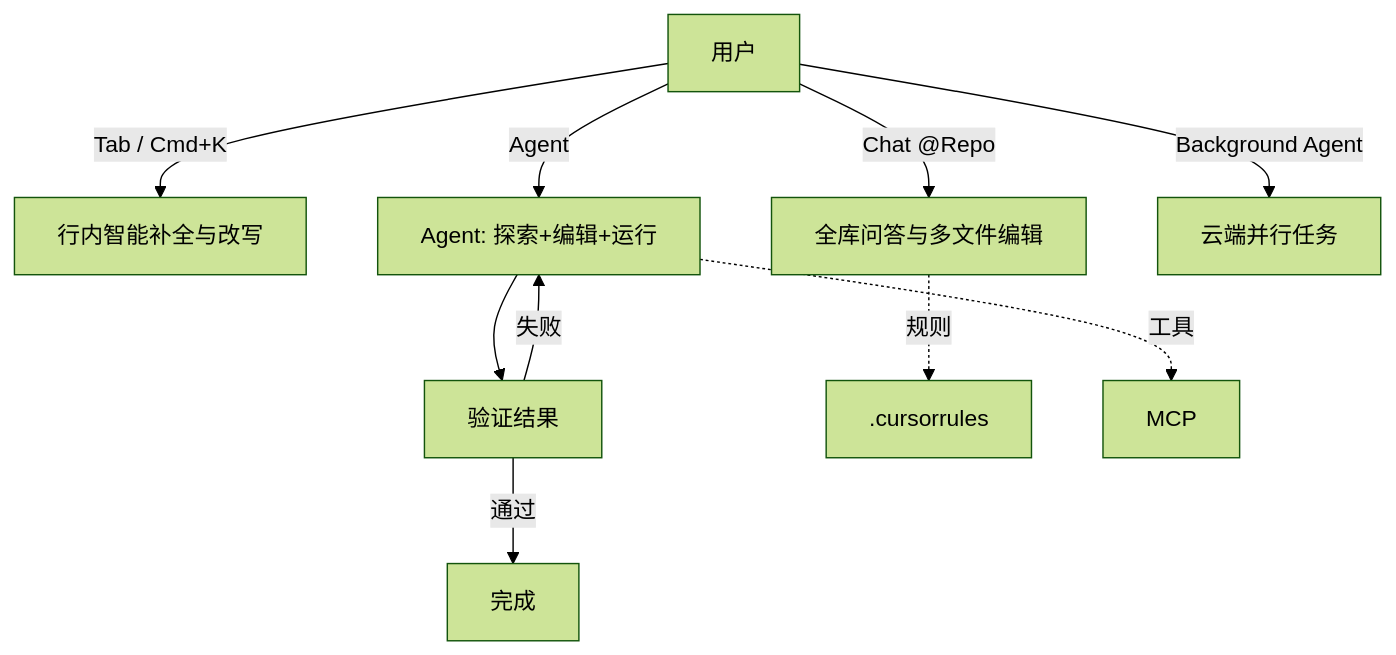
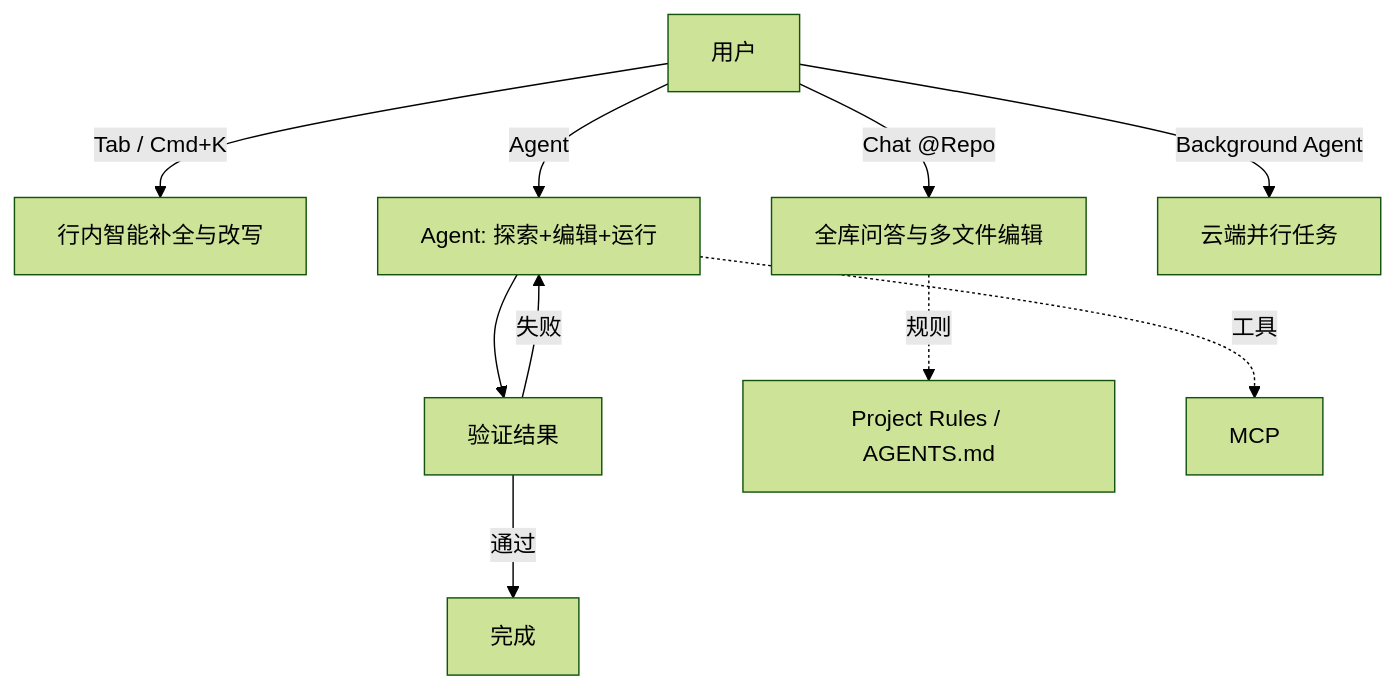
Before and after one commit to tclxtommy-hu/tclxtommy-hu.github.io: the diagram in posts/AI/Harness/成品harness/Cursor/README.md, drawn with Mermaid (forest theme). The commit also changed other lines of this file and 25 other files, not shown here.

````diff
--- a/posts/AI/Harness/成品harness/Cursor/README.md
+++ b/posts/AI/Harness/成品harness/Cursor/README.md
@@ -25,12 +33,12 @@
 ```mermaid
 flowchart TD
     U[用户] -->|Tab / Cmd+K| I[行内智能补全与改写]
     U -->|Chat @Repo| C[全库问答与多文件编辑]
     U -->|Agent| AG[Agent: 探索+编辑+运行]
     AG --> V[验证结果]
     V -->|失败| AG
     V -->|通过| D[完成]
     U -->|Background Agent| BG[云端并行任务]
-    C -.->|规则| R[.cursorrules]
+    C -.->|规则| R[Project Rules / AGENTS.md]
     AG -.->|工具| M[MCP]
 ```
````
